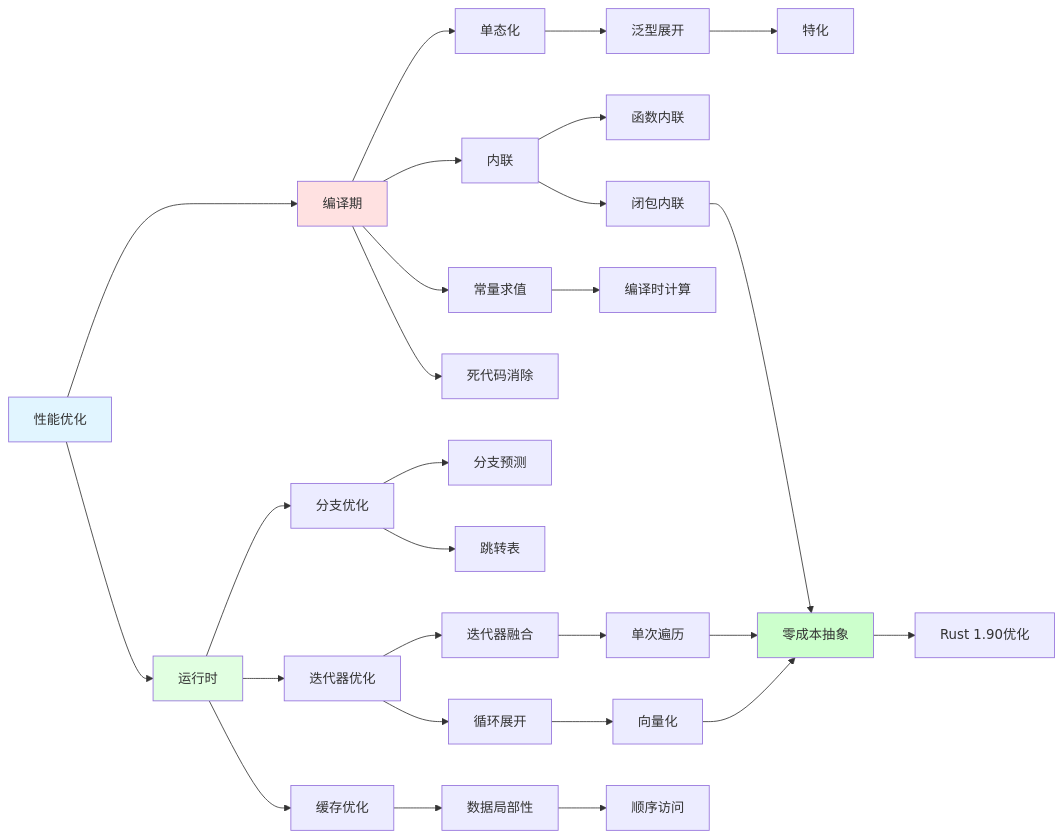
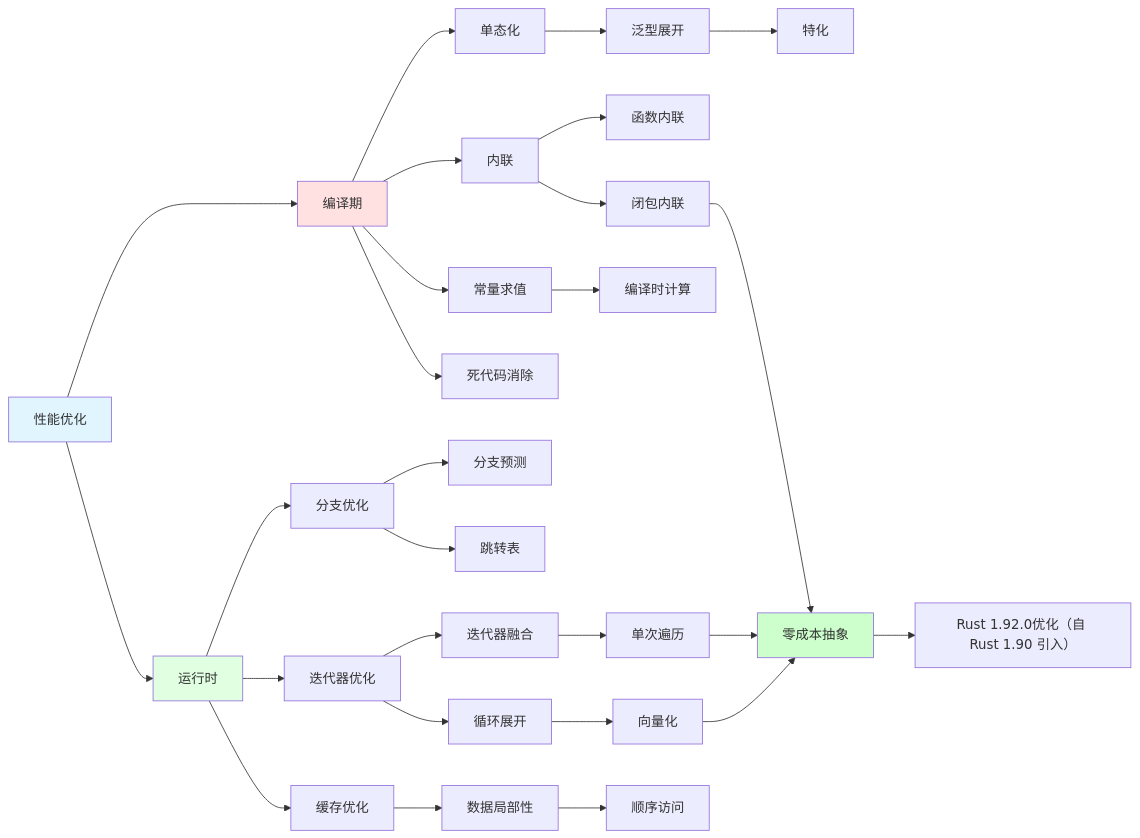
Before and after one commit to martin-ly/rust-lang: diagram 15 of 17 in crates/c03_control_fn/docs/CONCEPT_RELATIONSHIP_NETWORK.md, drawn with Mermaid. The commit also changed other lines of this file and 290 other files, not shown here.

````diff
--- a/crates/c03_control_fn/docs/CONCEPT_RELATIONSHIP_NETWORK.md
+++ b/crates/c03_control_fn/docs/CONCEPT_RELATIONSHIP_NETWORK.md
@@ -852,45 +852,45 @@
 ```mermaid
 graph LR
     Perf[性能优化] --> Compile[编译期]
     Perf --> Runtime[运行时]
 
     Compile --> Inline[内联]
     Compile --> Monomorph[单态化]
     Compile --> ConstEval[常量求值]
     Compile --> DeadCode[死代码消除]
 
     Inline --> InlineClosures[闭包内联]
     Inline --> InlineFunctions[函数内联]
 
     Monomorph --> GenericExpand[泛型展开]
     GenericExpand --> Specialization[特化]
 
     ConstEval --> CompTimeComp[编译时计算]
 
     Runtime --> Branch[分支优化]
     Runtime --> IterOpt[迭代器优化]
     Runtime --> CacheOpt[缓存优化]
 
     Branch --> BranchPred[分支预测]
     Branch --> JumpTable[跳转表]
 
     IterOpt --> Fusion[迭代器融合]
     IterOpt --> Unroll[循环展开]
 
     Fusion --> SinglePass[单次遍历]
     Unroll --> Vectorize[向量化]
 
     CacheOpt --> Locality[数据局部性]
     Locality --> Sequential[顺序访问]
 
     InlineClosures --> ZeroCost[零成本抽象]
     SinglePass --> ZeroCost
     Vectorize --> ZeroCost
 
-    ZeroCost --> Rust190[Rust 1.90优化]
+    ZeroCost --> Rust192[Rust 1.92.0优化（自 Rust 1.90 引入）]
 
     style Perf fill:#e1f5ff
     style Compile fill:#ffe1e1
     style Runtime fill:#e1ffe1
     style ZeroCost fill:#ccffcc
 ```
````
